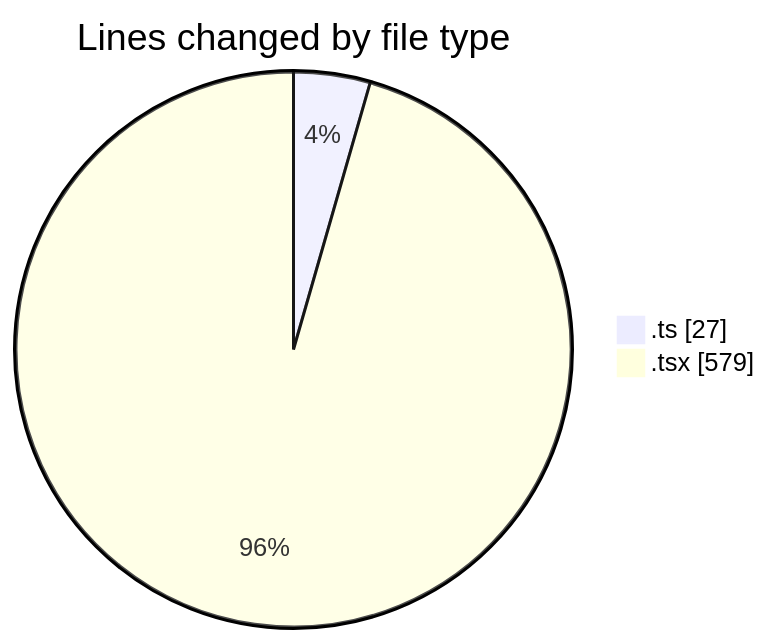
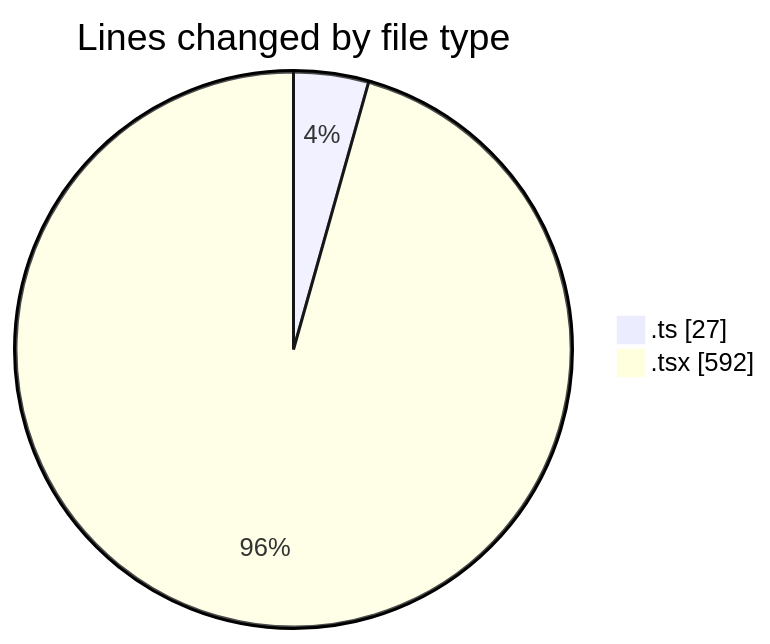
Before and after one commit to nxtqubesakshisongat/code-tracking: the first of 2 diagrams in 2026-02-16/nxtqube_webapp/README.md, drawn with Mermaid. The commit also changed other lines of this file and 1 other file, not shown here.

````diff
--- a/2026-02-16/nxtqube_webapp/README.md
+++ b/2026-02-16/nxtqube_webapp/README.md
@@ -22,6 +22,6 @@
 ```mermaid
 pie showData
 title Lines changed by file type
 ".ts" : 27
-".tsx" : 579
+".tsx" : 592
 ```
````
